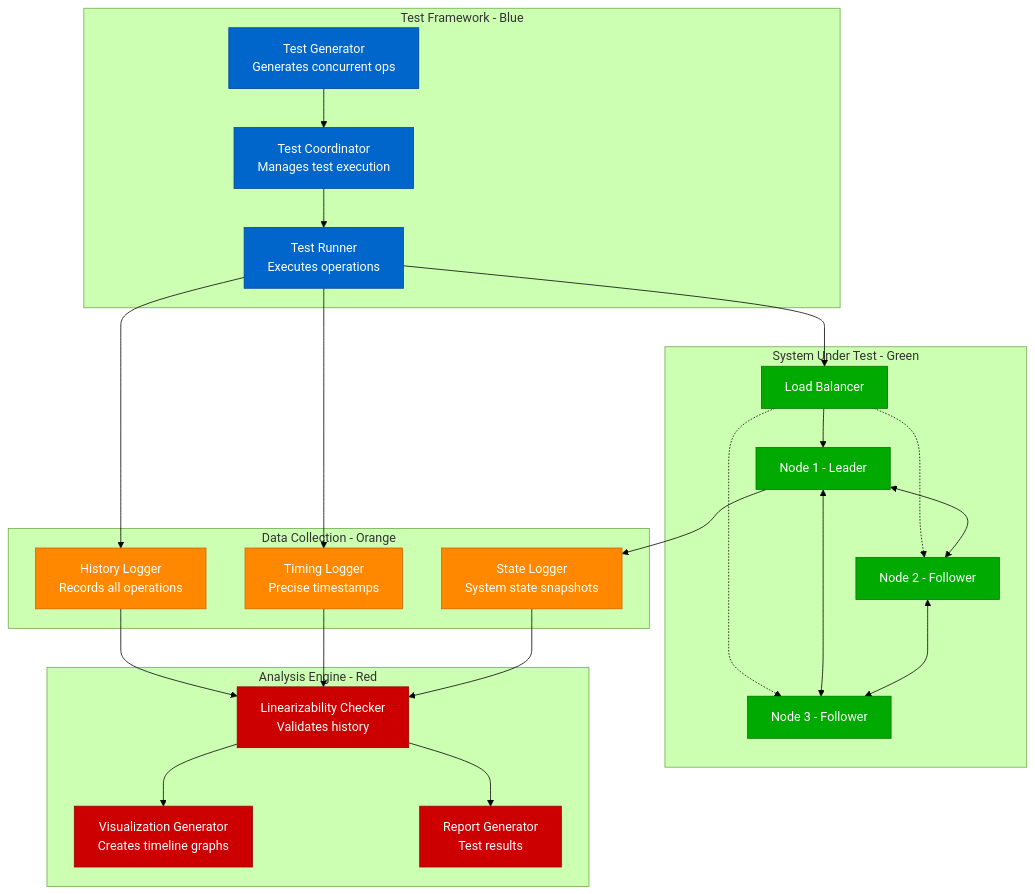
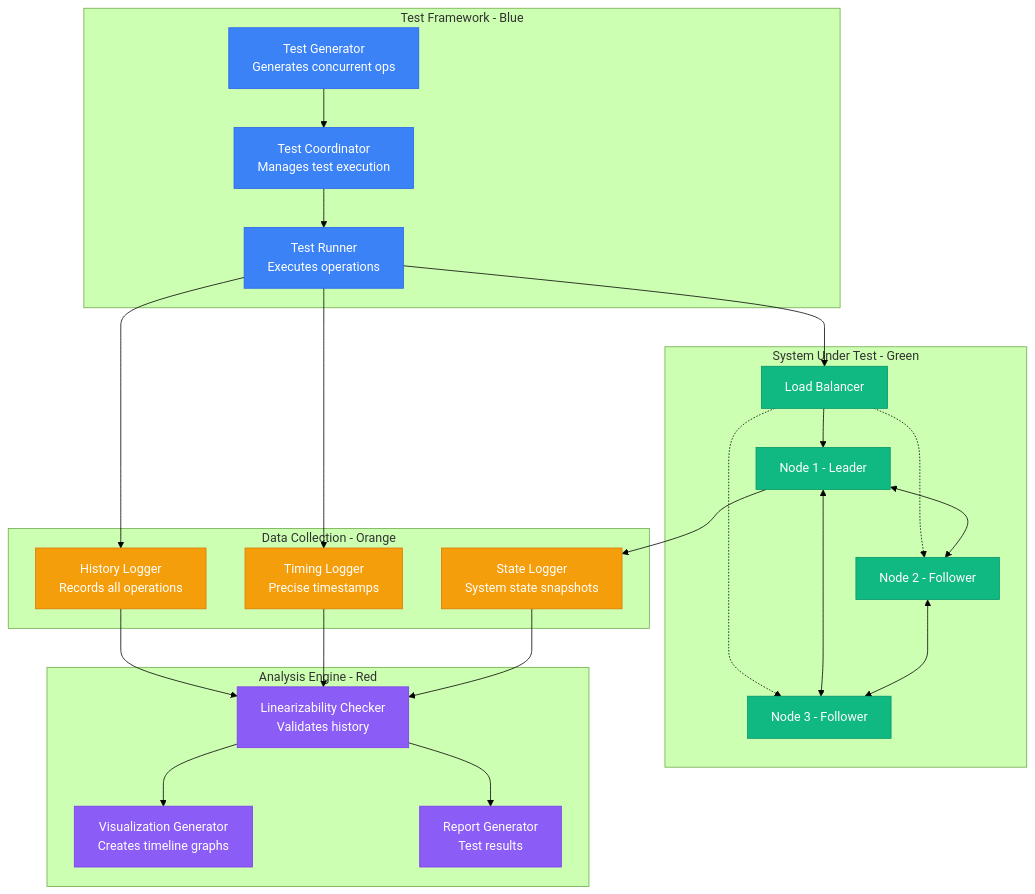
One commit to deepaucksharma/DS changed the first of 10 diagrams in site/docs/guarantees/linearizability/linearizability-verification.md. Above: the diagram before and after it, drawn with Mermaid (forest theme). The commit also changed other lines of this file and 303 other files, not shown here.

````diff
--- a/site/docs/guarantees/linearizability/linearizability-verification.md
+++ b/site/docs/guarantees/linearizability/linearizability-verification.md
@@ -9,64 +9,64 @@
 ```mermaid
 graph TB
     subgraph TestFramework[Test Framework - Blue]
         TG[Test Generator<br/>Generates concurrent ops]
         TC[Test Coordinator<br/>Manages test execution]
         TR[Test Runner<br/>Executes operations]
     end
 
     subgraph SystemUnderTest[System Under Test - Green]
         LB[Load Balancer]
         N1[Node 1 - Leader]
         N2[Node 2 - Follower]
         N3[Node 3 - Follower]
     end
 
     subgraph DataCollection[Data Collection - Orange]
         HL[History Logger<br/>Records all operations]
         TL[Timing Logger<br/>Precise timestamps]
         SL[State Logger<br/>System state snapshots]
     end
 
     subgraph Analysis[Analysis Engine - Red]
         LP[Linearizability Checker<br/>Validates history]
         VG[Visualization Generator<br/>Creates timeline graphs]
         RP[Report Generator<br/>Test results]
     end
 
     %% Test execution flow
     TG --> TC
     TC --> TR
     TR --> LB
 
     %% System interactions
     LB --> N1
     LB -.-> N2
     LB -.-> N3
 
     N1 <--> N2
     N1 <--> N3
     N2 <--> N3
 
     %% Data collection
     TR --> HL
     TR --> TL
     N1 --> SL
 
     %% Analysis
     HL --> LP
     TL --> LP
     SL --> LP
     LP --> VG
     LP --> RP
 
     %% Apply 4-plane colors
-    classDef testStyle fill:#0066CC,stroke:#004499,color:#fff
-    classDef systemStyle fill:#00AA00,stroke:#007700,color:#fff
-    classDef dataStyle fill:#FF8800,stroke:#CC6600,color:#fff
-    classDef analysisStyle fill:#CC0000,stroke:#990000,color:#fff
+    classDef testStyle fill:#3B82F6,stroke:#2563EB,color:#fff
+    classDef systemStyle fill:#10B981,stroke:#059669,color:#fff
+    classDef dataStyle fill:#F59E0B,stroke:#D97706,color:#fff
+    classDef analysisStyle fill:#8B5CF6,stroke:#7C3AED,color:#fff
 
     class TG,TC,TR testStyle
     class LB,N1,N2,N3 systemStyle
     class HL,TL,SL dataStyle
     class LP,VG,RP analysisStyle
 ```
````
